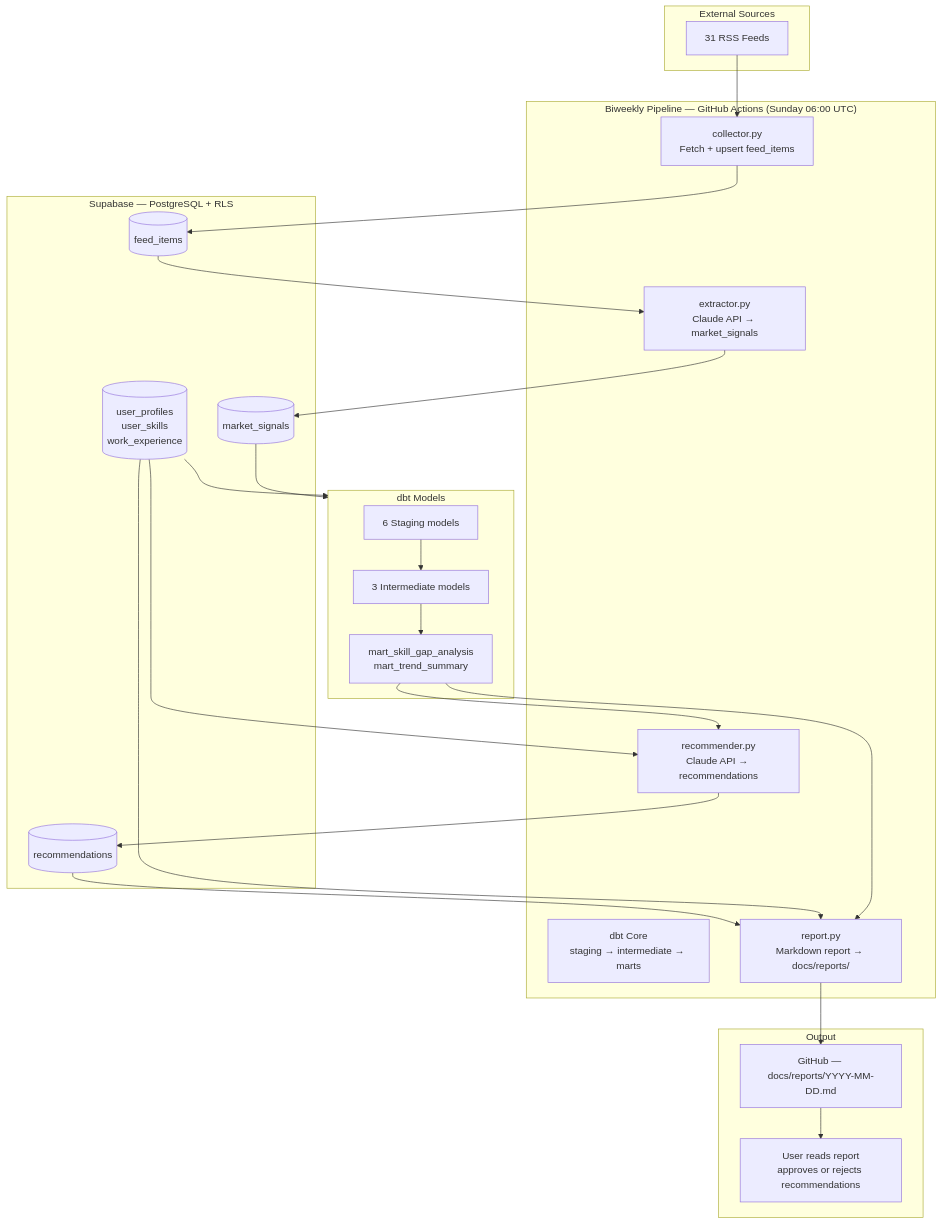
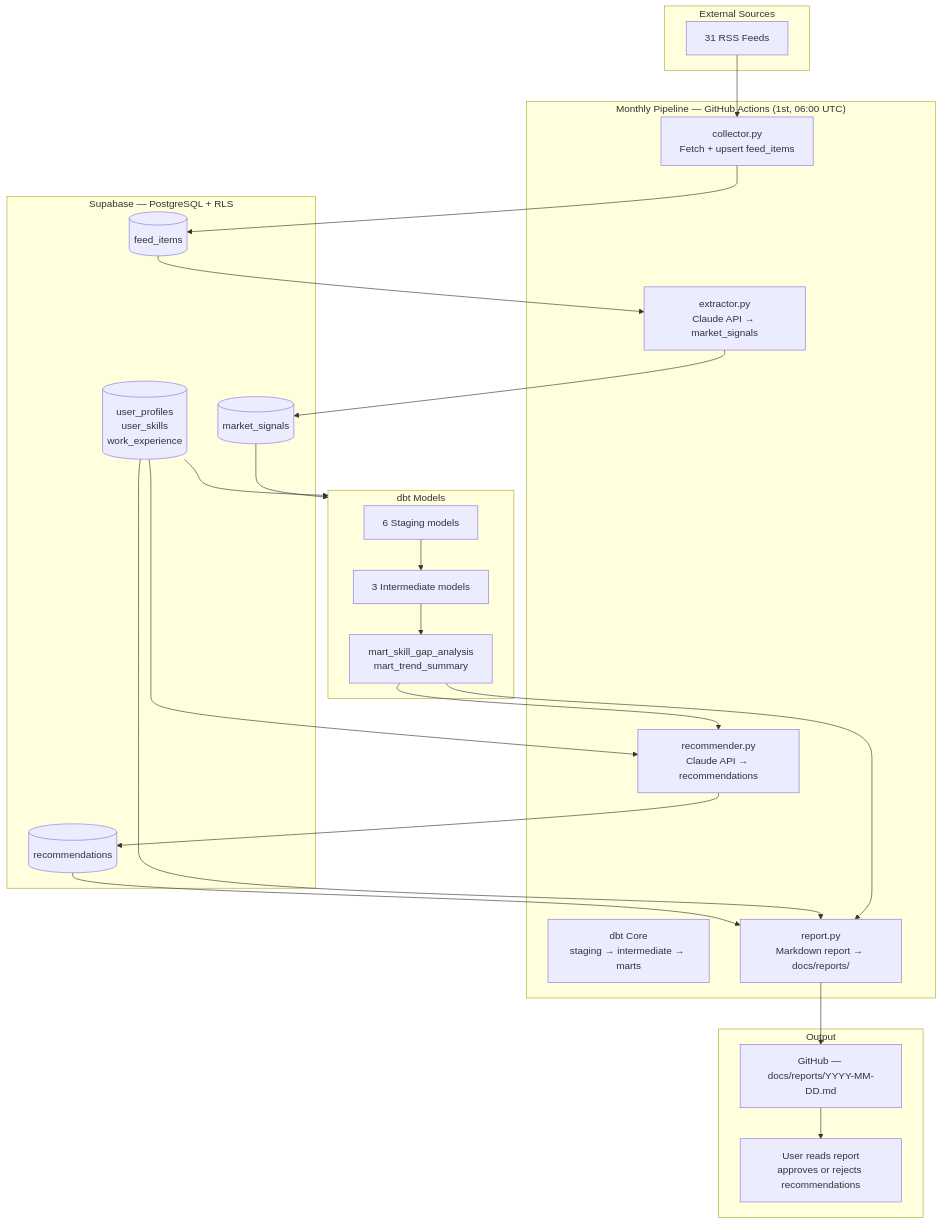
One commit to romcamaky/DataPulse changed the diagram in docs/architecture/system-overview.md. Above: the diagram before and after it, drawn with Mermaid. The commit also changed other lines of this file and 6 other files, not shown here.

First line of the commit message:
chore: switch market intelligence pipeline from biweekly to monthly

````diff
--- a/docs/architecture/system-overview.md
+++ b/docs/architecture/system-overview.md
@@ -13,48 +13,48 @@
 ```mermaid
 flowchart TD
     subgraph Sources["External Sources"]
         RSS[31 RSS Feeds]
     end
 
-    subgraph Pipeline["Biweekly Pipeline — GitHub Actions (Sunday 06:00 UTC)"]
+    subgraph Pipeline["Monthly Pipeline — GitHub Actions (1st, 06:00 UTC)"]
         COL[collector.py\nFetch + upsert feed_items]
         EXT[extractor.py\nClaude API → market_signals]
         DBT[dbt Core\nstaging → intermediate → marts]
         REC[recommender.py\nClaude API → recommendations]
         REP[report.py\nMarkdown report → docs/reports/]
     end
 
     subgraph DB["Supabase — PostgreSQL + RLS"]
         FI[(feed_items)]
         MS[(market_signals)]
         UP[(user_profiles\nuser_skills\nwork_experience)]
         RCM[(recommendations)]
     end
 
     subgraph DBT_Models["dbt Models"]
         STG[6 Staging models]
         INT[3 Intermediate models]
         MRT[mart_skill_gap_analysis\nmart_trend_summary]
     end
 
     subgraph Output["Output"]
         GH[GitHub — docs/reports/YYYY-MM-DD.md]
         USER[User reads report\napproves or rejects recommendations]
     end
 
     RSS --> COL
     COL --> FI
     FI --> EXT
     EXT --> MS
     UP --> DBT_Models
     MS --> DBT_Models
     STG --> INT --> MRT
     MRT --> REC
     UP --> REC
     REC --> RCM
     RCM --> REP
     UP --> REP
     MRT --> REP
     REP --> GH
     GH --> USER
 ```
````
